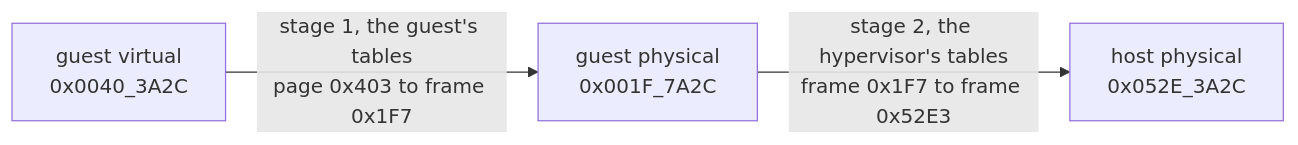
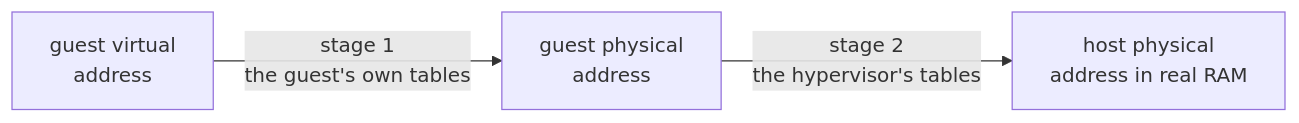
Before and after one commit to MustCodeAl/rust-game-hacking-book: the third of 4 diagrams in site/src/content/docs/pages/14/03.mdx, drawn with Mermaid. The commit also changed other lines of this file and 23 other files, not shown here.

````diff
--- a/site/src/content/docs/pages/14/03.mdx
+++ b/site/src/content/docs/pages/14/03.mdx
@@ -208,5 +195,5 @@
 ```mermaid
 flowchart LR
-    GVA["guest virtual<br/>0x0040_3A2C"] -->|"stage 1, the guest's tables<br/>page 0x403 to frame 0x1F7"| GPA["guest physical<br/>0x001F_7A2C"]
-    GPA -->|"stage 2, the hypervisor's tables<br/>frame 0x1F7 to frame 0x52E3"| HPA["host physical<br/>0x052E_3A2C"]
+    GVA["guest virtual<br/>address"] -->|"stage 1<br/>the guest's own tables"| GPA["guest physical<br/>address"]
+    GPA -->|"stage 2<br/>the hypervisor's tables"| HPA["host physical<br/>address in real RAM"]
 ```
````
